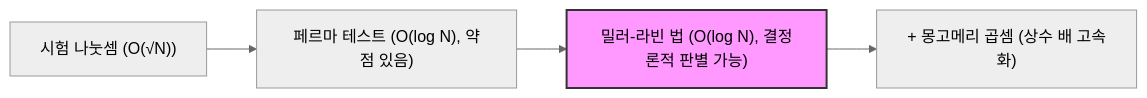
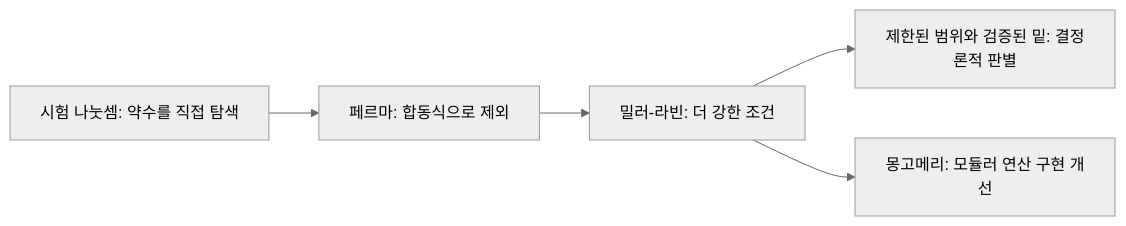
One commit to kenjinote/blog changed the second of 2 diagrams in content/post/cppで実装する高速な素数判定アルゴリズム/index.ko.md. Above: the diagram before and after it, drawn with Mermaid (neutral theme). The commit also changed other lines of this file and 4 other files, not shown here.

````diff
--- a/content/post/cppで実装する高速な素数判定アルゴリズム/index.ko.md
+++ b/content/post/cppで実装する高速な素数判定アルゴリズム/index.ko.md
@@ -314,8 +256,7 @@
 ```mermaid
 graph LR
-    TrialDivision["시험 나눗셈 (O(√N))"] --> Fermat["페르마 테스트 (O(log N), 약점 있음)"]
-    Fermat --> MillerRabin["밀러-라빈 법 (O(log N), 결정론적 판별 가능)"]
-    MillerRabin --> Montgomery["+ 몽고메리 곱셈 (상수 배 고속화)"]
-    
-    style MillerRabin fill:#f9f,stroke:#333,stroke-width:2px
+    Trial["시험 나눗셈: 약수를 직접 탐색"] --> Fermat["페르마: 합동식으로 제외"]
+    Fermat --> MR["밀러-라빈: 더 강한 조건"]
+    MR --> Fixed["제한된 범위와 검증된 밑: 결정론적 판별"]
+    MR --> Mont["몽고메리: 모듈러 연산 구현 개선"]
 ```
````
